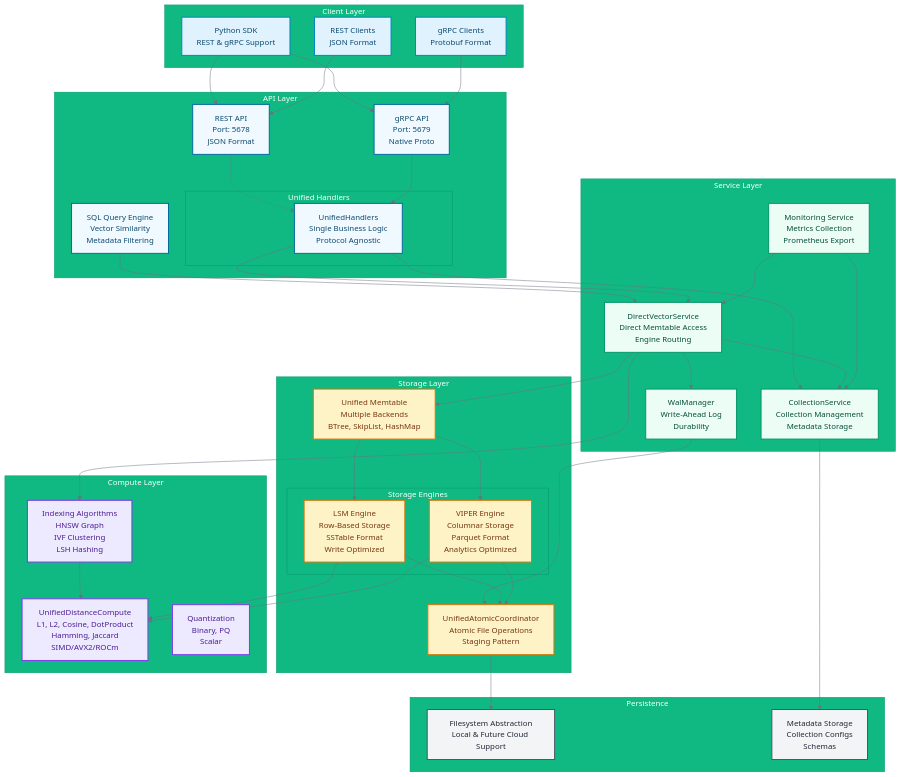
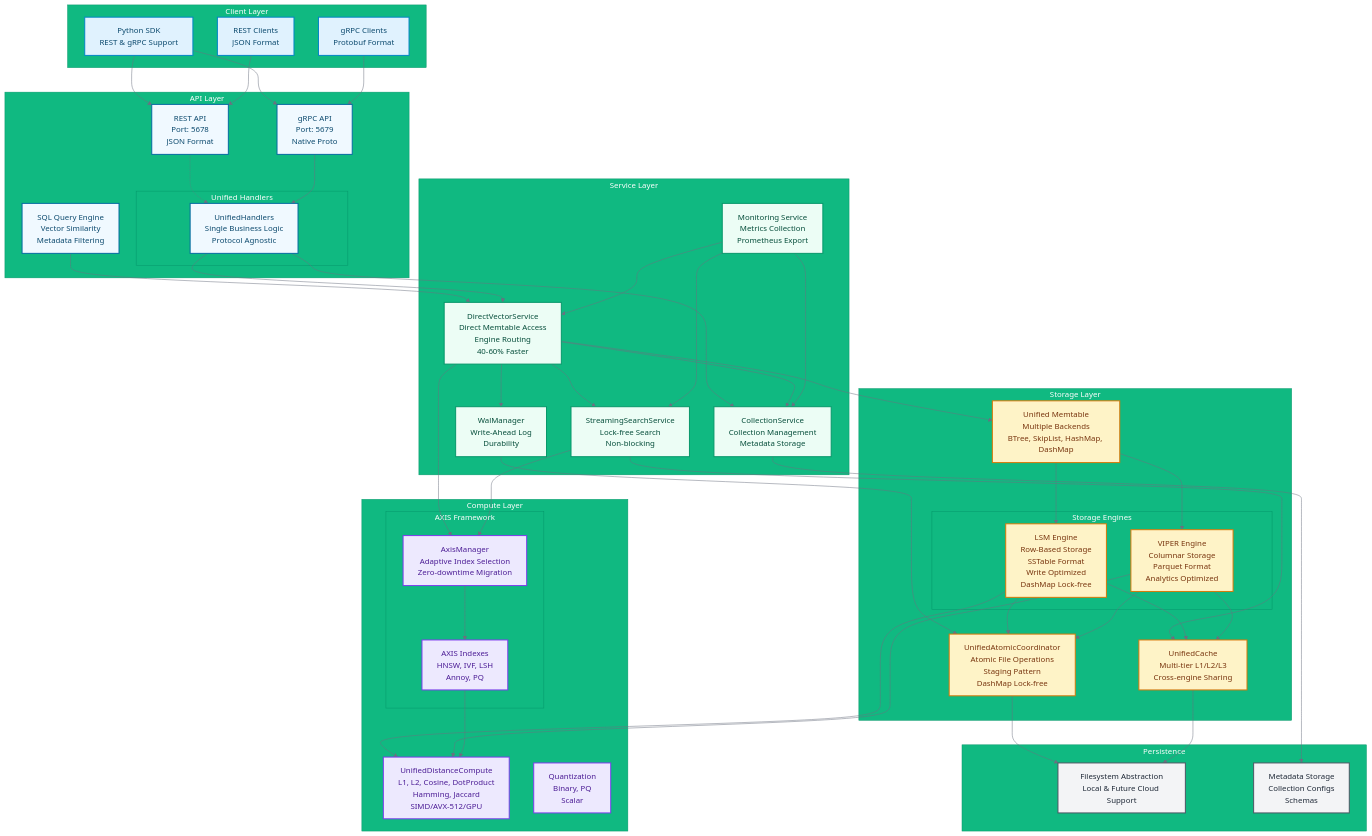
Before and after one commit to vjsingh1984/proximaDB: the diagram in docs/diagrams/proximadb-actual-architecture.mmd, drawn with Mermaid. The commit also changed 141 other files, not shown here.

```diff
--- a/docs/diagrams/proximadb-actual-architecture.mmd
+++ b/docs/diagrams/proximadb-actual-architecture.mmd
@@ -1,99 +1,115 @@
 %%{init: {'theme':'base', 'themeVariables': { 'primaryColor':'#1f2937', 'primaryTextColor':'#fff', 'primaryBorderColor':'#374151', 'lineColor':'#6b7280', 'secondaryColor':'#3b82f6', 'tertiaryColor':'#10b981', 'tertiaryTextColor':'#fff', 'tertiaryBorderColor':'#059669', 'background':'#ffffff', 'mainBkg':'#f3f4f6', 'secondBkg':'#e5e7eb', 'tertiaryBkg':'#d1d5db'}}}%%
 
 graph TB
     subgraph "Client Layer"
         Python[Python SDK<br/>REST & gRPC Support]
         RestClient[REST Clients<br/>JSON Format]
         GrpcClient[gRPC Clients<br/>Protobuf Format]
     end
 
     subgraph "API Layer"
         RestAPI[REST API<br/>Port: 5678<br/>JSON Format]
         GrpcAPI[gRPC API<br/>Port: 5679<br/>Native Proto]
         SQL[SQL Query Engine<br/>Vector Similarity<br/>Metadata Filtering]
         
         subgraph "Unified Handlers"
             UH[UnifiedHandlers<br/>Single Business Logic<br/>Protocol Agnostic]
         end
     end
 
     subgraph "Service Layer"
-        DVS[DirectVectorService<br/>Direct Memtable Access<br/>Engine Routing]
+        DVS[DirectVectorService<br/>Direct Memtable Access<br/>Engine Routing<br/>40-60% Faster]
         CS[CollectionService<br/>Collection Management<br/>Metadata Storage]
         WM[WalManager<br/>Write-Ahead Log<br/>Durability]
+        SSS[StreamingSearchService<br/>Lock-free Search<br/>Non-blocking]
         MON[Monitoring Service<br/>Metrics Collection<br/>Prometheus Export]
     end
 
     subgraph "Storage Layer"
         subgraph "Storage Engines"
-            LSM[LSM Engine<br/>Row-Based Storage<br/>SSTable Format<br/>Write Optimized]
+            LSM[LSM Engine<br/>Row-Based Storage<br/>SSTable Format<br/>Write Optimized<br/>DashMap Lock-free]
             VIPER[VIPER Engine<br/>Columnar Storage<br/>Parquet Format<br/>Analytics Optimized]
         end
         
-        MT[Unified Memtable<br/>Multiple Backends<br/>BTree, SkipList, HashMap]
+        MT[Unified Memtable<br/>Multiple Backends<br/>BTree, SkipList, HashMap, DashMap]
         
-        UAC[UnifiedAtomicCoordinator<br/>Atomic File Operations<br/>Staging Pattern]
+        UAC[UnifiedAtomicCoordinator<br/>Atomic File Operations<br/>Staging Pattern<br/>DashMap Lock-free]
+        
+        UC[UnifiedCache<br/>Multi-tier L1/L2/L3<br/>Cross-engine Sharing]
     end
 
     subgraph "Compute Layer"
-        DC[UnifiedDistanceCompute<br/>L1, L2, Cosine, DotProduct<br/>Hamming, Jaccard<br/>SIMD/AVX2/ROCm]
-        IDX[Indexing Algorithms<br/>HNSW Graph<br/>IVF Clustering<br/>LSH Hashing]
+        DC[UnifiedDistanceCompute<br/>L1, L2, Cosine, DotProduct<br/>Hamming, Jaccard<br/>SIMD/AVX-512/GPU]
+        
+        subgraph "AXIS Framework"
+            AXIS[AxisManager<br/>Adaptive Index Selection<br/>Zero-downtime Migration]
+            AXISIDX[AXIS Indexes<br/>HNSW, IVF, LSH<br/>Annoy, PQ]
+        end
+        
         QE[Quantization<br/>Binary, PQ<br/>Scalar]
     end
 
     subgraph "Persistence"
         FS[Filesystem Abstraction<br/>Local & Future Cloud Support]
         META[Metadata Storage<br/>Collection Configs<br/>Schemas]
     end
 
     %% Client connections
     Python --> RestAPI
     Python --> GrpcAPI
     RestClient --> RestAPI
     GrpcClient --> GrpcAPI
 
     %% API to Handlers
     RestAPI -.-> UH
     GrpcAPI --> UH
     SQL --> DVS
 
     %% Handlers to Services
     UH --> DVS
     UH --> CS
 
     %% Service interactions
     DVS --> CS
     DVS --> WM
     DVS --> MT
+    DVS --> SSS
+    SSS --> UC
     CS --> META
     MON --> DVS
     MON --> CS
+    MON --> SSS
 
     %% Storage connections
     WM --> UAC
     MT --> LSM
     MT --> VIPER
     LSM --> UAC
     VIPER --> UAC
     UAC --> FS
+    LSM --> UC
+    VIPER --> UC
+    UC --> FS
 
     %% Compute connections
     LSM --> DC
     VIPER --> DC
-    DVS --> IDX
-    IDX --> DC
+    DVS --> AXIS
+    AXIS --> AXISIDX
+    AXISIDX --> DC
+    SSS --> AXIS
 
     %% Styling
     classDef client fill:#e0f2fe,stroke:#0284c7,color:#0c4a6e,stroke-width:2px
     classDef api fill:#f0f9ff,stroke:#0369a1,color:#0c4a6e,stroke-width:2px
     classDef service fill:#ecfdf5,stroke:#059669,color:#064e3b,stroke-width:2px
     classDef storage fill:#fef3c7,stroke:#d97706,color:#78350f,stroke-width:2px
     classDef compute fill:#ede9fe,stroke:#7c3aed,color:#4c1d95,stroke-width:2px
     classDef persist fill:#f3f4f6,stroke:#4b5563,color:#1f2937,stroke-width:2px
 
     class Python,RestClient,GrpcClient client
     class RestAPI,GrpcAPI,UH,SQL api
-    class DVS,CS,WM,MON service
-    class LSM,VIPER,MT,UAC storage
-    class DC,IDX,QE compute
+    class DVS,CS,WM,SSS,MON service
+    class LSM,VIPER,MT,UAC,UC storage
+    class DC,AXIS,AXISIDX,QE compute
     class FS,META persist
```
